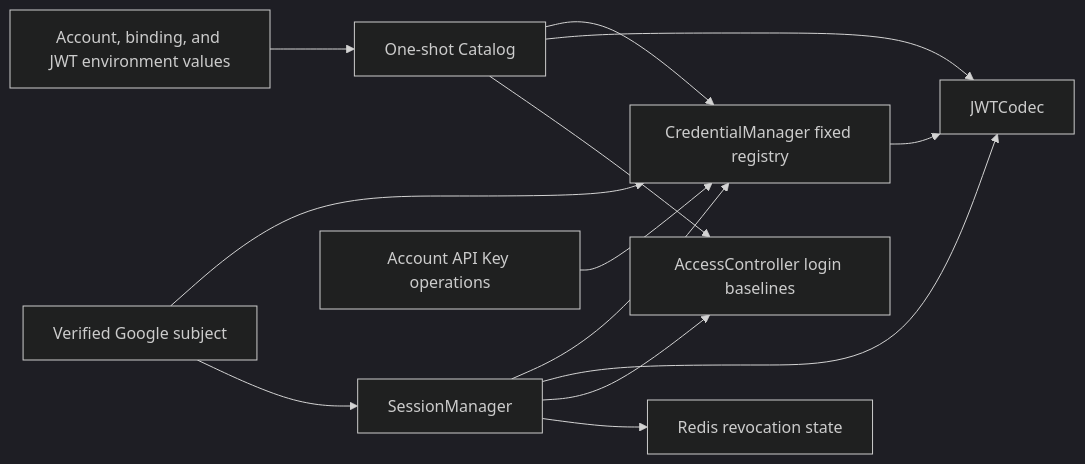
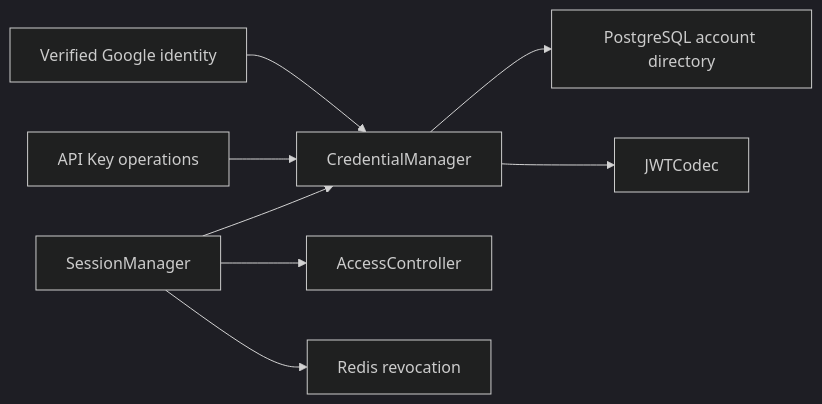
Before and after one commit to useryege/athena-o: the diagram in docs/design/identity-access/account-credentials.md, drawn with Mermaid (dark theme). The commit also changed other lines of this file and 67 other files, not shown here.

````diff
--- a/docs/design/identity-access/account-credentials.md
+++ b/docs/design/identity-access/account-credentials.md
@@ -37,15 +33,10 @@
 ```mermaid
 flowchart LR
-    E["Account, binding, and JWT environment values"] --> C["One-shot Catalog"]
-    C --> M["CredentialManager fixed registry"]
-    C --> J["JWTCodec"]
-    C --> A["AccessController login baselines"]
-    O["Verified Google subject"] --> M
-    O --> S["SessionManager"]
-    K["Account API Key operations"] --> M
-    M --> J
-    S --> M
-    S --> J
-    S --> A
-    S --> R["Redis revocation state"]
+    G["Verified Google identity"] --> M["CredentialManager"]
+    M --> D["PostgreSQL account directory"]
+    M --> J["JWTCodec"]
+    K["API Key operations"] --> M
+    S["SessionManager"] --> M
+    S --> A["AccessController"]
+    S --> R["Redis revocation"]
 ```
````
